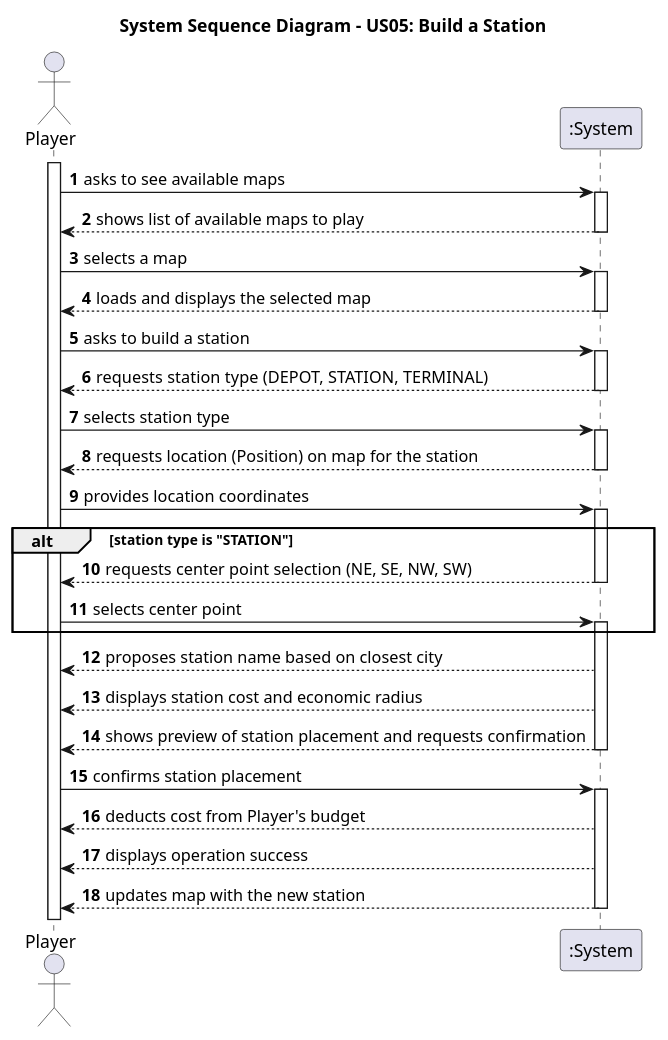
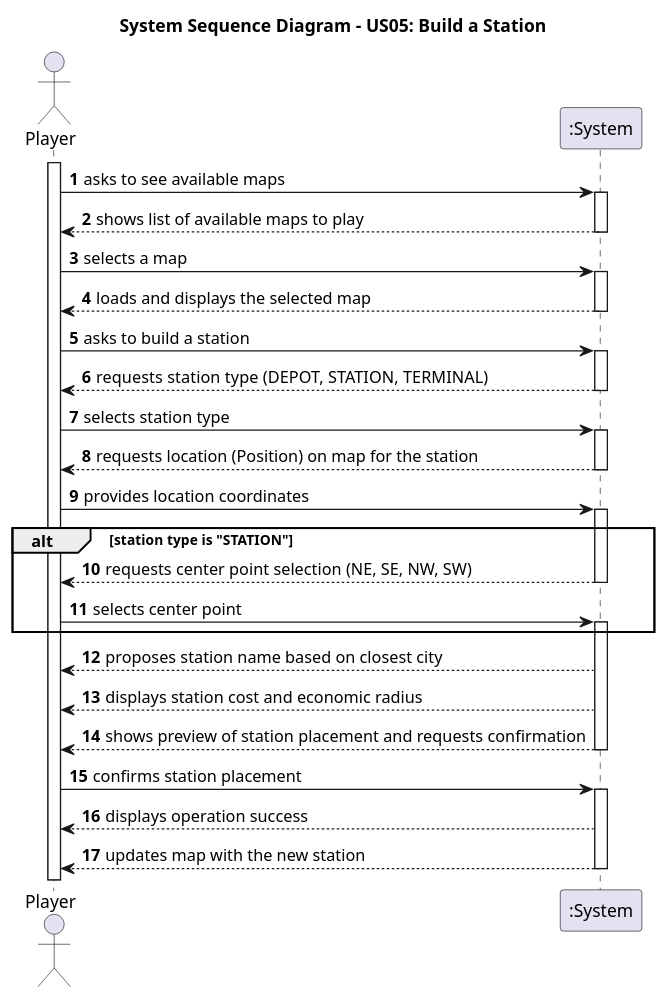
The diagram in docs/system-documentation/Sprint 2/US05/01.requirements-engineering/puml/US05-SSD.puml (HenriqueSilva18/Railway-Network-Simulator), drawn with PlantUML before and after one commit. The commit also changed 11 other files, not shown here.

```diff
--- a/docs/system-documentation/Sprint 2/US05/01.requirements-engineering/puml/US05-SSD.puml
+++ b/docs/system-documentation/Sprint 2/US05/01.requirements-engineering/puml/US05-SSD.puml
@@ -1,60 +1,59 @@
 @startuml
 autonumber
 
 title "System Sequence Diagram - US05: Build a Station"
 
 
 actor "Player" as Player
 participant ":System" as System
 
 activate Player
 
 Player -> System : asks to see available maps
 activate System
 
 System --> Player: shows list of available maps to play
 deactivate System
 
 Player -> System: selects a map
 
 activate System
 System --> Player: loads and displays the selected map
 deactivate System
 
 Player -> System: asks to build a station
 
 activate System
 System --> Player: requests station type (DEPOT, STATION, TERMINAL)
 deactivate System
 
 Player -> System: selects station type
 
 activate System
 System --> Player: requests location (Position) on map for the station
 deactivate System
 
 Player -> System: provides location coordinates
 
 activate System
 alt station type is "STATION"
     System --> Player: requests center point selection (NE, SE, NW, SW)
     deactivate System
 
     Player -> System: selects center point
     activate System
 end
 
 System --> Player: proposes station name based on closest city
 System --> Player: displays station cost and economic radius
 System --> Player: shows preview of station placement and requests confirmation
 deactivate System
 
 Player -> System: confirms station placement
 
 activate System
-System --> Player: deducts cost from Player's budget
 System --> Player: displays operation success
 System --> Player: updates map with the new station
 deactivate System
 
 @enduml
```
